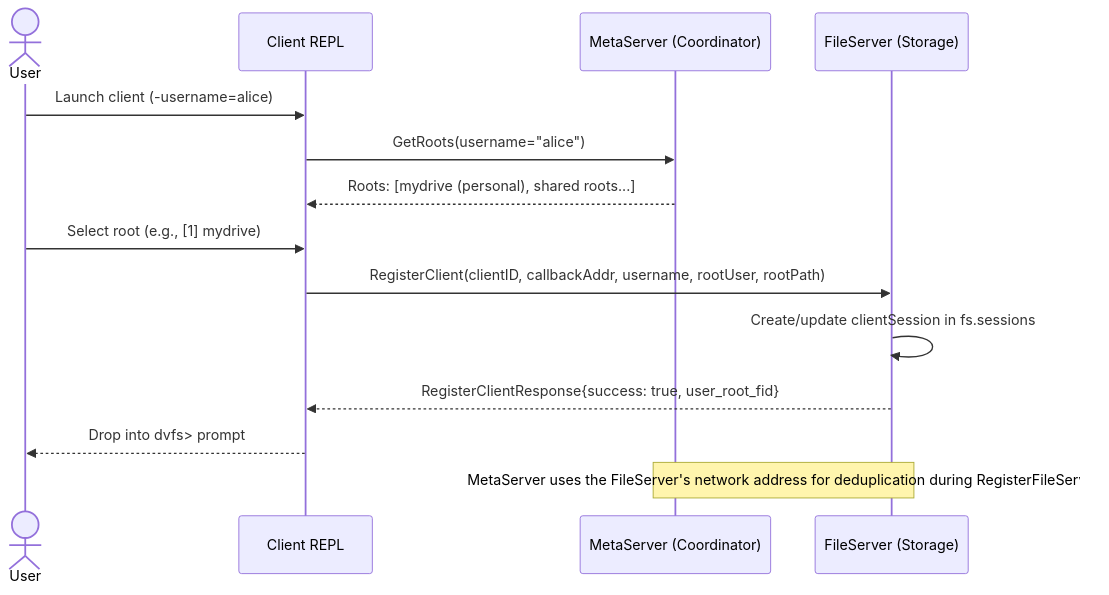
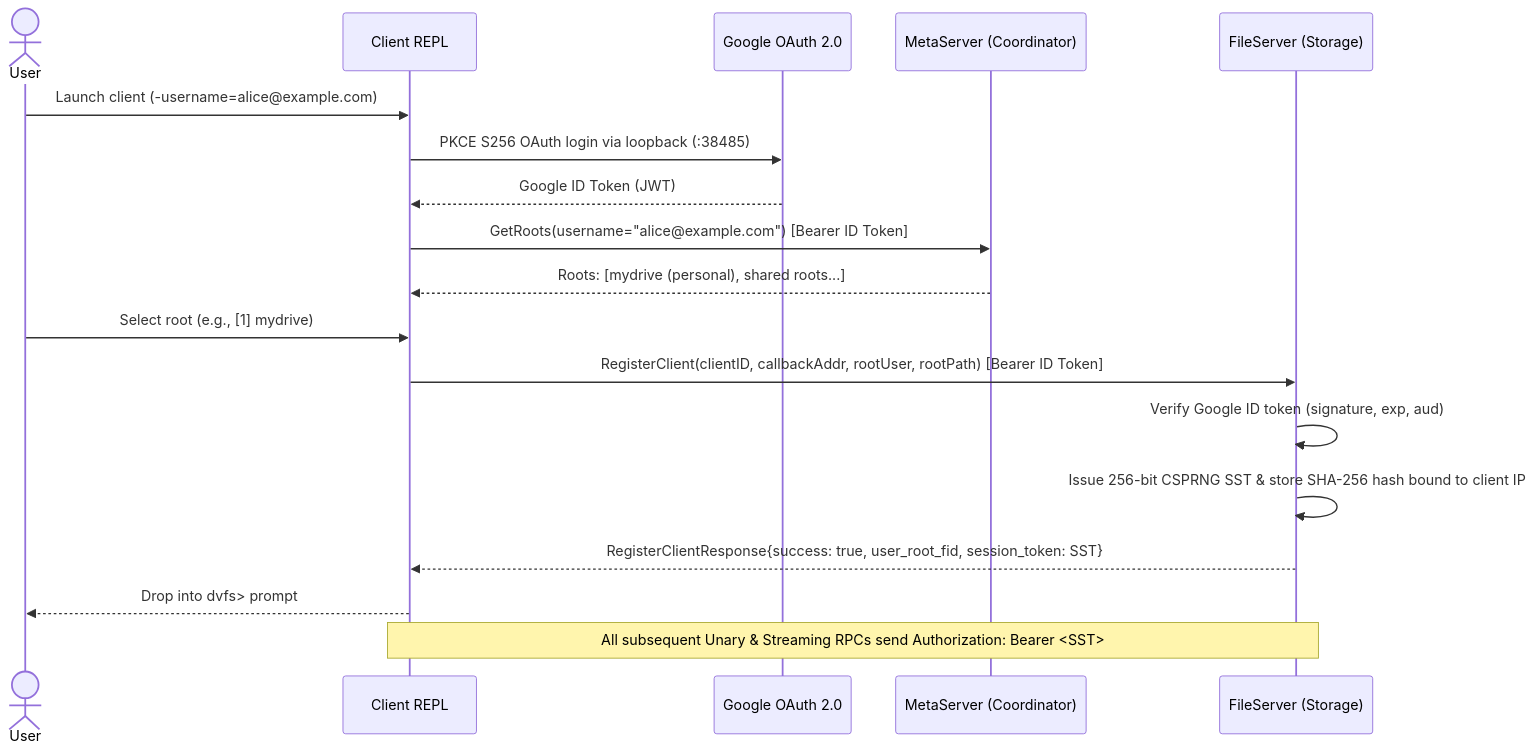
Before and after one commit to DVFS-IIT-Gandhinagar/Distributed-Virtual-File-System: the third of 8 diagrams in docs/architecture.md, drawn with Mermaid. The commit also changed other lines of this file and 27 other files, not shown here.

Commit message:
add authenticaiton via google

````diff
--- a/docs/architecture.md
+++ b/docs/architecture.md
@@ -155,17 +227,21 @@
 ```mermaid
 sequenceDiagram
     actor User
     participant CL as Client REPL
+    participant G as Google OAuth 2.0
     participant MS as MetaServer (Coordinator)
     participant FS as FileServer (Storage)
 
-    User->>CL: Launch client (-username=alice)
-    CL->>MS: GetRoots(username="alice")
+    User->>CL: Launch client (-username=alice@example.com)
+    CL->>G: PKCE S256 OAuth login via loopback (:38485)
+    G-->>CL: Google ID Token (JWT)
+    CL->>MS: GetRoots(username="alice@example.com") [Bearer ID Token]
     MS-->>CL: Roots: [mydrive (personal), shared roots...]
     User->>CL: Select root (e.g., [1] mydrive)
-    CL->>FS: RegisterClient(clientID, callbackAddr, username, rootUser, rootPath)
-    FS->>FS: Create/update clientSession in fs.sessions
-    FS-->>CL: RegisterClientResponse{success: true, user_root_fid}
+    CL->>FS: RegisterClient(clientID, callbackAddr, rootUser, rootPath) [Bearer ID Token]
+    FS->>FS: Verify Google ID token (signature, exp, aud)
+    FS->>FS: Issue 256-bit CSPRNG SST & store SHA-256 hash bound to client IP
+    FS-->>CL: RegisterClientResponse{success: true, user_root_fid, session_token: SST}
     CL-->>User: Drop into dvfs> prompt
-    Note over FS,MS: MetaServer uses the FileServer's network address for deduplication during RegisterFileServer
+    Note over CL,FS: All subsequent Unary & Streaming RPCs send Authorization: Bearer <SST>
 ```
````
